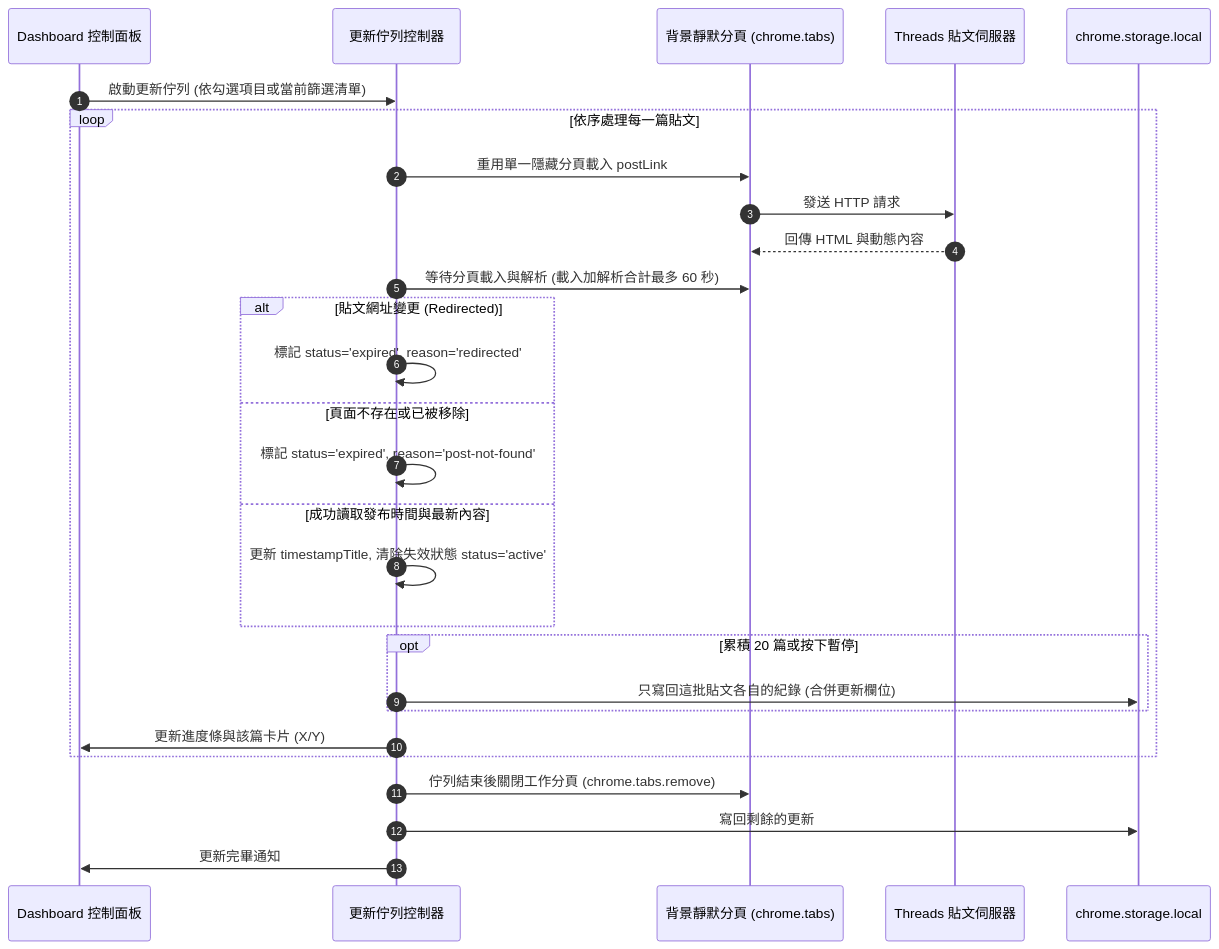
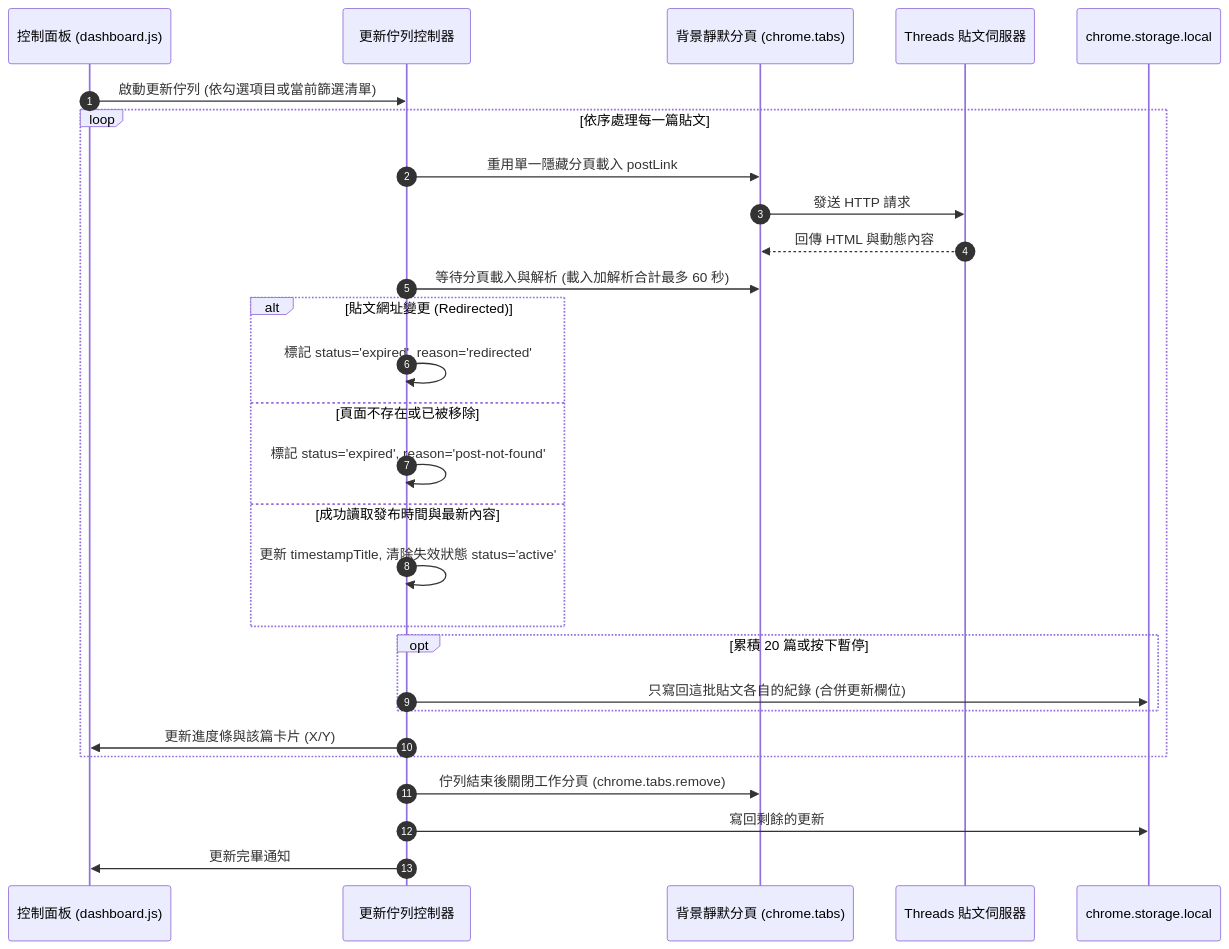
One commit to Scorpio-meow/Threadkeep changed the third of 5 diagrams in README.md. Above: the diagram before and after it, drawn with Mermaid. The commit also changed other lines of this file and 26 other files, not shown here.

````diff
--- a/README.md
+++ b/README.md
@@ -386,31 +409,31 @@
 ```mermaid
 sequenceDiagram
     autonumber
-    participant UI as Dashboard 控制面板
+    participant UI as 控制面板 (dashboard.js)
     participant Queue as 更新佇列控制器
     participant Tab as 背景靜默分頁 (chrome.tabs)
     participant Page as Threads 貼文伺服器
     participant Storage as chrome.storage.local
 
     UI->>Queue: 啟動更新佇列 (依勾選項目或當前篩選清單)
     loop 依序處理每一篇貼文
         Queue->>Tab: 重用單一隱藏分頁載入 postLink
         Tab->>Page: 發送 HTTP 請求
         Page-->>Tab: 回傳 HTML 與動態內容
         Queue->>Tab: 等待分頁載入與解析 (載入加解析合計最多 60 秒)
         alt 貼文網址變更 (Redirected)
             Queue->>Queue: 標記 status='expired', reason='redirected'
         else 頁面不存在或已被移除
             Queue->>Queue: 標記 status='expired', reason='post-not-found'
         else 成功讀取發布時間與最新內容
             Queue->>Queue: 更新 timestampTitle, 清除失效狀態 status='active'
         end
         opt 累積 20 篇或按下暫停
             Queue->>Storage: 只寫回這批貼文各自的紀錄 (合併更新欄位)
         end
         Queue->>UI: 更新進度條與該篇卡片 (X/Y)
     end
     Queue->>Tab: 佇列結束後關閉工作分頁 (chrome.tabs.remove)
     Queue->>Storage: 寫回剩餘的更新
     Queue->>UI: 更新完畢通知
 ```
````
